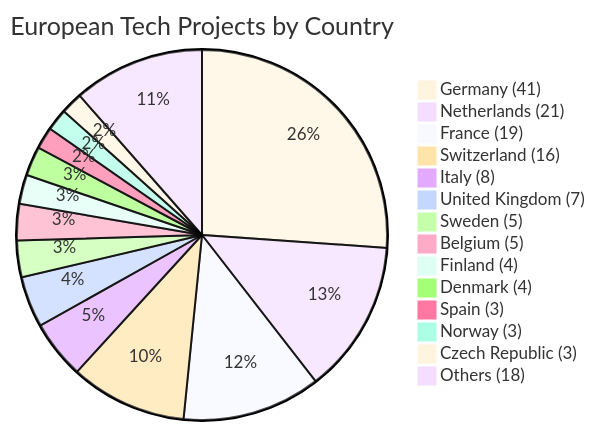
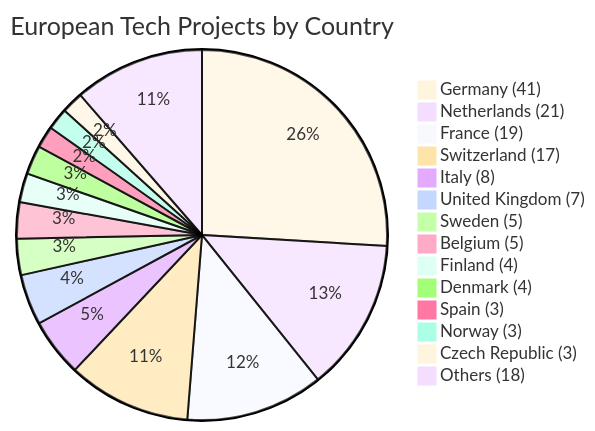
The diagram in README.md (uscneps/Awesome-European-Tech), drawn with Mermaid before and after one commit. The commit also changed other lines of this file, not shown here.

Commit message:
Added Quad9 DNS

````diff
--- a/README.md
+++ b/README.md
@@ -23,19 +23,19 @@
 ```mermaid
 %%{init: {'theme': 'base' }}%%
 pie
   title European Tech Projects by Country
   "Germany (41)" : 41
   "Netherlands (21)" : 21
   "France (19)" : 19
-  "Switzerland (16)" : 16
+  "Switzerland (17)" : 17
   "Italy (8)" : 8
   "United Kingdom (7)" : 7
   "Sweden (5)" : 5
   "Belgium (5)" : 5
   "Finland (4)" : 4
   "Denmark (4)" : 4
   "Spain (3)" : 3
   "Norway (3)" : 3
   "Czech Republic (3)" : 3
   "Others (18)" : 18
 ```
````
